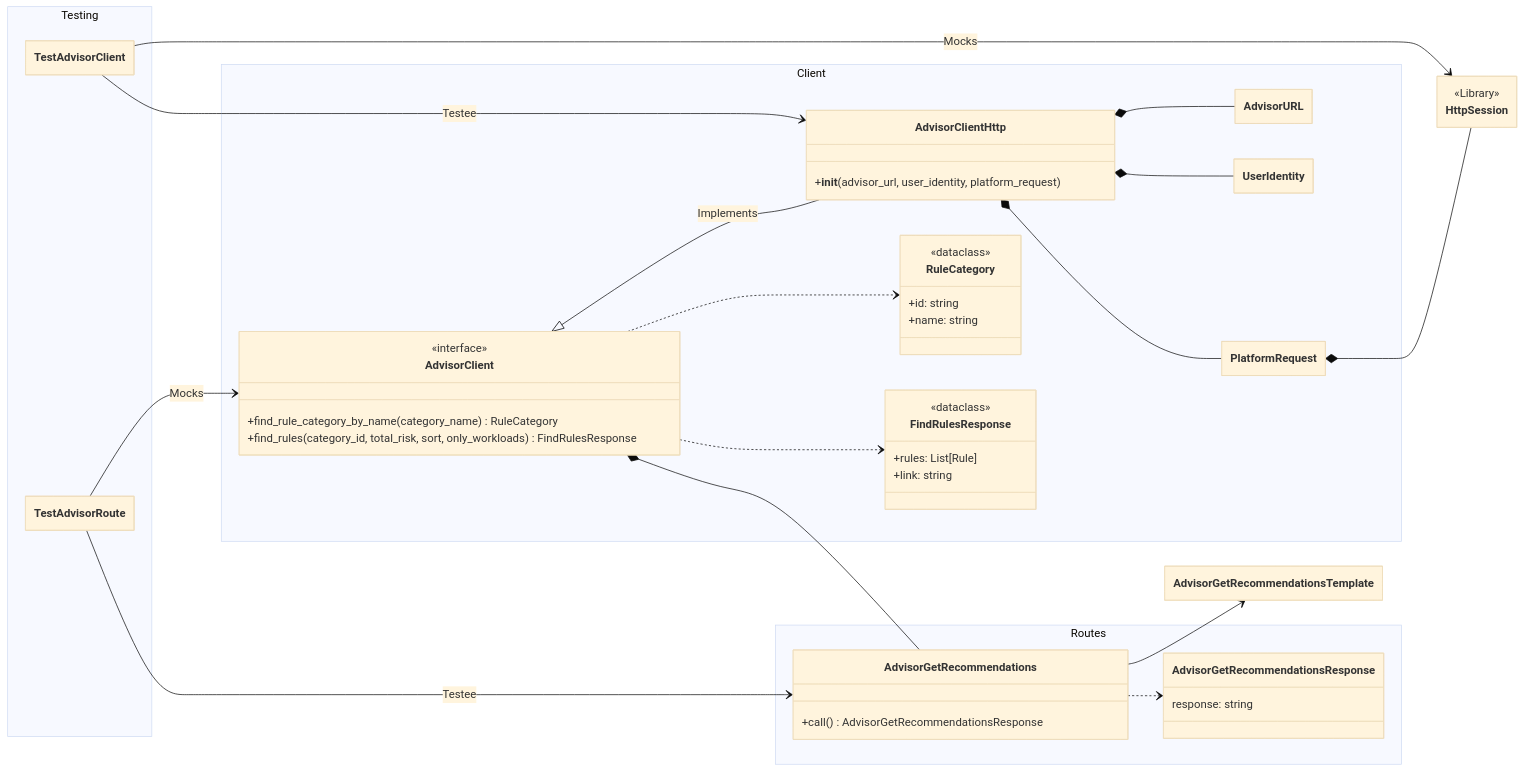
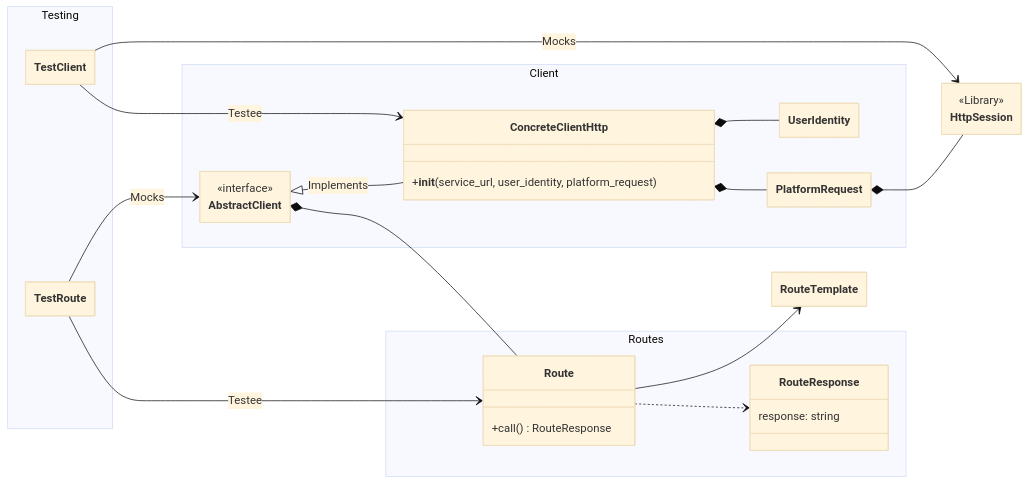
Before and after one commit to RedHatInsights/astro-virtual-assistant: the diagram in services/watson-extension/diagram.mermaid, drawn with Mermaid (base theme). The commit also changed 1 other file, not shown here.

Commit message:
Makes diagram generic

```diff
--- a/services/watson-extension/diagram.mermaid
+++ b/services/watson-extension/diagram.mermaid
@@ -1,87 +1,67 @@
 ---
   config:
     class:
       hideEmptyMembersBox: true
 ---
 classDiagram
     direction LR
 
     namespace Client {
-        class AdvisorClient {
-        <<interface>>
-        +find_rule_category_by_name(category_name) RuleCategory
-        +find_rules(category_id, total_risk, sort, only_workloads) FindRulesResponse
+        class AbstractClient {
+            <<interface>>
         }
 
-        class AdvisorClientHttp {
-        +__init__(advisor_url, user_identity, platform_request)
+        class ConcreteClientHttp {
+            +__init__(service_url, user_identity, platform_request)
         }
 
         class UserIdentity {
         }
 
         class PlatformRequest {
 
         }
-        class AdvisorURL {
-
-        }
-
-        class RuleCategory {
-        <<dataclass>>
-        +id: string
-        +name: string
-        }
-
-        class FindRulesResponse {
-        <<dataclass>>
-        +rules: List[Rule]
-        +link: string
-        }
     }
 
     class HttpSession {
         <<Library>>
     }
 
     namespace Routes {
-        class AdvisorGetRecommendations {
-            +call() AdvisorGetRecommendationsResponse
+        class Route {
+            +call() RouteResponse
         }
 
-        class AdvisorGetRecommendationsResponse {
+        class RouteResponse {
             response: string
         }
 
     }
 
     namespace Testing {
-        class TestAdvisorClient {
+        class TestClient {
 
         }
 
-        class TestAdvisorRoute {
+        class TestRoute {
 
         }
 
     }
 
-    AdvisorClient <|-- AdvisorClientHttp : Implements
-    AdvisorClientHttp *-- AdvisorURL
-    AdvisorClientHttp *-- UserIdentity
-    AdvisorClientHttp *-- PlatformRequest
+    AbstractClient <|-- ConcreteClientHttp : Implements
+    ConcreteClientHttp *-- UserIdentity
+    ConcreteClientHttp *-- PlatformRequest
+
     PlatformRequest *-- HttpSession
 
-    AdvisorClient ..> RuleCategory
-    AdvisorClient ..> FindRulesResponse
+    AbstractClient *-- Route
 
-    AdvisorClient *-- AdvisorGetRecommendations
+    Route --> RouteTemplate
+    Route ..> RouteResponse
 
-    AdvisorGetRecommendations --> AdvisorGetRecommendationsTemplate
-    AdvisorGetRecommendations ..> AdvisorGetRecommendationsResponse
+    TestClient --> HttpSession : Mocks
+    TestClient --> ConcreteClientHttp : Testee
 
-    TestAdvisorClient --> HttpSession : Mocks
-    TestAdvisorClient --> AdvisorClientHttp : Testee
-
-    TestAdvisorRoute --> AdvisorClient : Mocks
-    TestAdvisorRoute --> AdvisorGetRecommendations : Testee
+    TestRoute --> AbstractClient : Mocks
+    TestRoute --> Route : Testee
```
